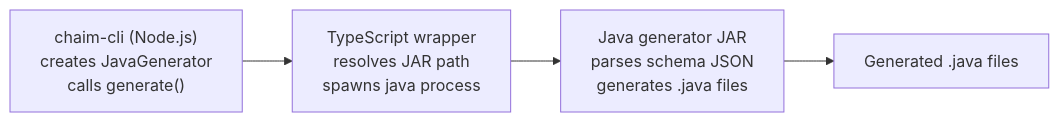
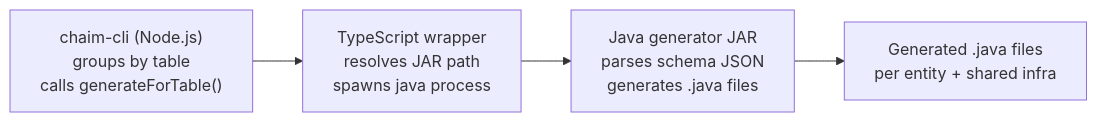
One commit to chaim-tools/chaim-client-java changed the diagram in CHAIM_CONTEXT.md. Above: the diagram before and after it, drawn with Mermaid. The commit also changed other lines of this file and 7 other files, not shown here.

First line of the commit message:
feat: implement Java SDK v3 with single-table design support

````diff
--- a/CHAIM_CONTEXT.md
+++ b/CHAIM_CONTEXT.md
@@ -45,9 +48,9 @@
 ```mermaid
 flowchart LR
-    CLI["chaim-cli (Node.js)<br/>creates JavaGenerator<br/>calls generate()"]
+    CLI["chaim-cli (Node.js)<br/>groups by table<br/>calls generateForTable()"]
     TS["TypeScript wrapper<br/>resolves JAR path<br/>spawns java process"]
     JAR["Java generator JAR<br/>parses schema JSON<br/>generates .java files"]
-    OUT["Generated .java files"]
+    OUT["Generated .java files<br/>per entity + shared infra"]
 
     CLI --> TS --> JAR --> OUT
 ```
````
